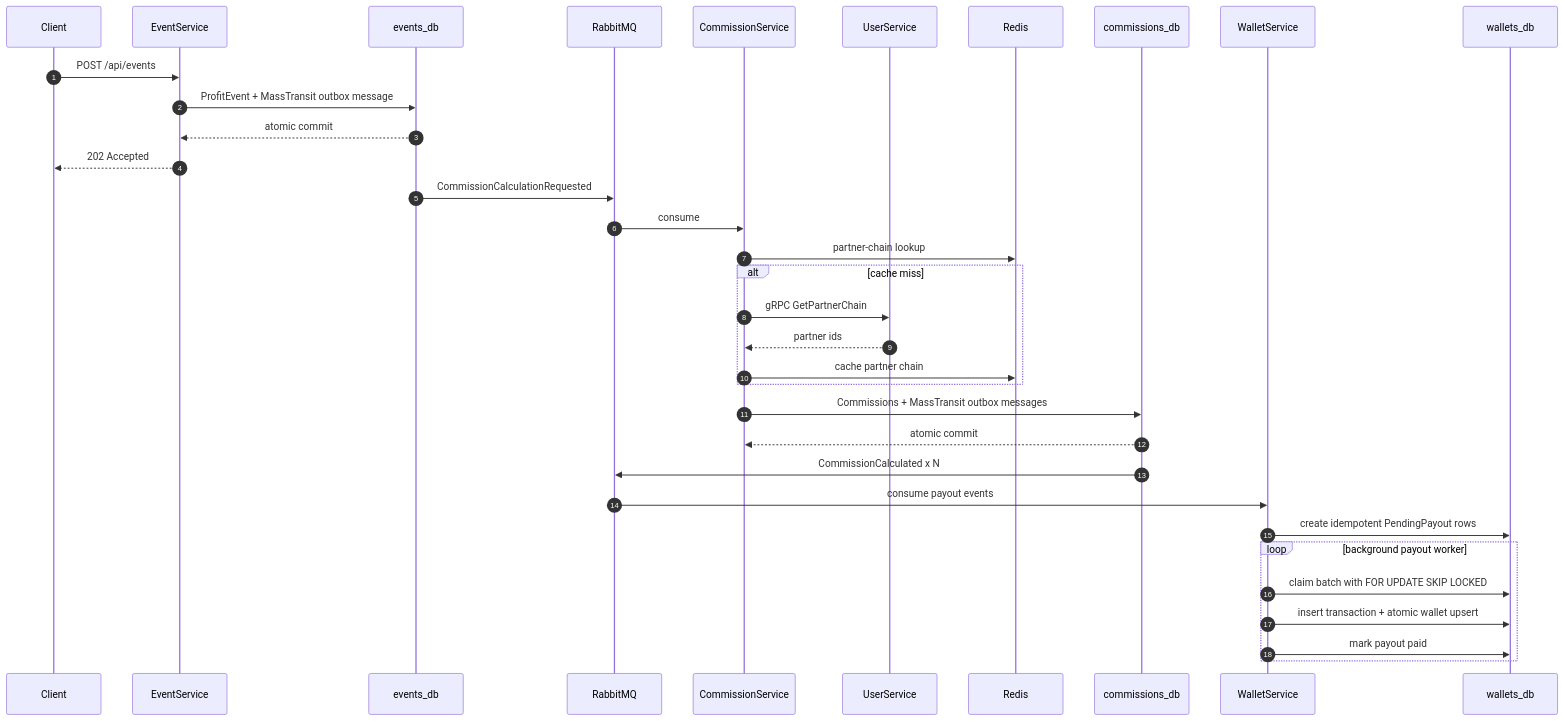
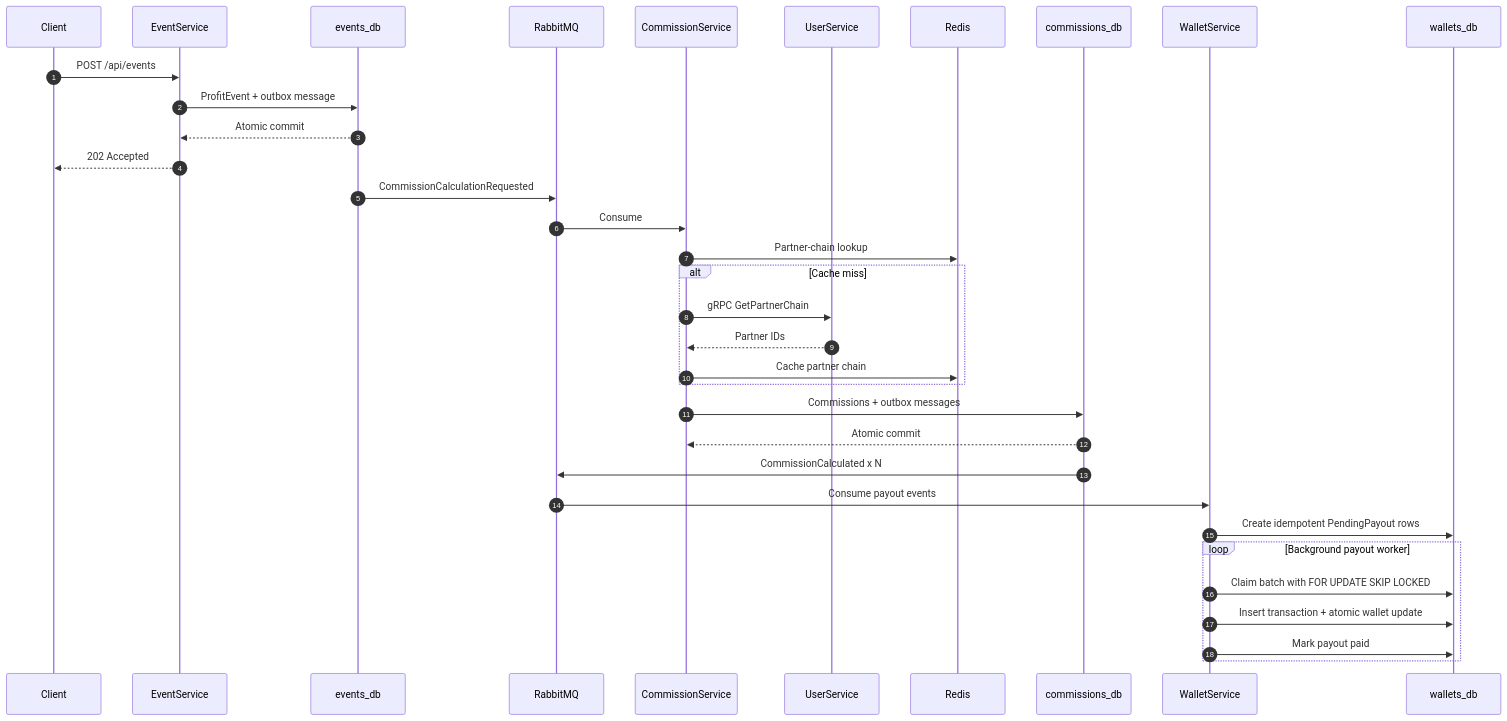
The second of 2 diagrams in README.md (alexKuzovkov/PartnerSystem), drawn with Mermaid before and after one commit. The commit also changed other lines of this file, not shown here.

````diff
--- a/README.md
+++ b/README.md
@@ -58,42 +62,42 @@
 ```mermaid
 sequenceDiagram
     autonumber
     participant Client
     participant EventService
     participant EventDb as events_db
     participant RabbitMQ
     participant CommissionService
     participant UserService
     participant Redis
     participant CommissionDb as commissions_db
     participant WalletService
     participant WalletDb as wallets_db
 
     Client->>EventService: POST /api/events
-    EventService->>EventDb: ProfitEvent + MassTransit outbox message
-    EventDb-->>EventService: atomic commit
+    EventService->>EventDb: ProfitEvent + outbox message
+    EventDb-->>EventService: Atomic commit
     EventService-->>Client: 202 Accepted
 
     EventDb->>RabbitMQ: CommissionCalculationRequested
-    RabbitMQ->>CommissionService: consume
+    RabbitMQ->>CommissionService: Consume
 
-    CommissionService->>Redis: partner-chain lookup
-    alt cache miss
+    CommissionService->>Redis: Partner-chain lookup
+    alt Cache miss
         CommissionService->>UserService: gRPC GetPartnerChain
-        UserService-->>CommissionService: partner ids
-        CommissionService->>Redis: cache partner chain
+        UserService-->>CommissionService: Partner IDs
+        CommissionService->>Redis: Cache partner chain
     end
 
-    CommissionService->>CommissionDb: Commissions + MassTransit outbox messages
-    CommissionDb-->>CommissionService: atomic commit
+    CommissionService->>CommissionDb: Commissions + outbox messages
+    CommissionDb-->>CommissionService: Atomic commit
     CommissionDb->>RabbitMQ: CommissionCalculated x N
 
-    RabbitMQ->>WalletService: consume payout events
-    WalletService->>WalletDb: create idempotent PendingPayout rows
+    RabbitMQ->>WalletService: Consume payout events
+    WalletService->>WalletDb: Create idempotent PendingPayout rows
 
-    loop background payout worker
-        WalletService->>WalletDb: claim batch with FOR UPDATE SKIP LOCKED
-        WalletService->>WalletDb: insert transaction + atomic wallet upsert
-        WalletService->>WalletDb: mark payout paid
+    loop Background payout worker
+        WalletService->>WalletDb: Claim batch with FOR UPDATE SKIP LOCKED
+        WalletService->>WalletDb: Insert transaction + atomic wallet update
+        WalletService->>WalletDb: Mark payout paid
     end
 ```
````
